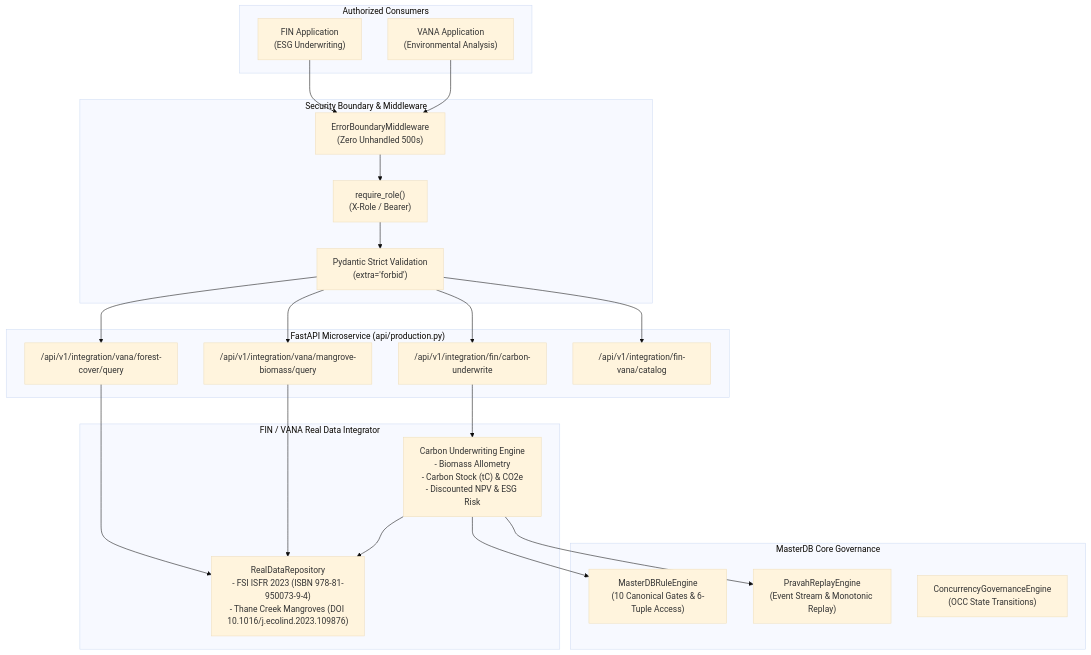
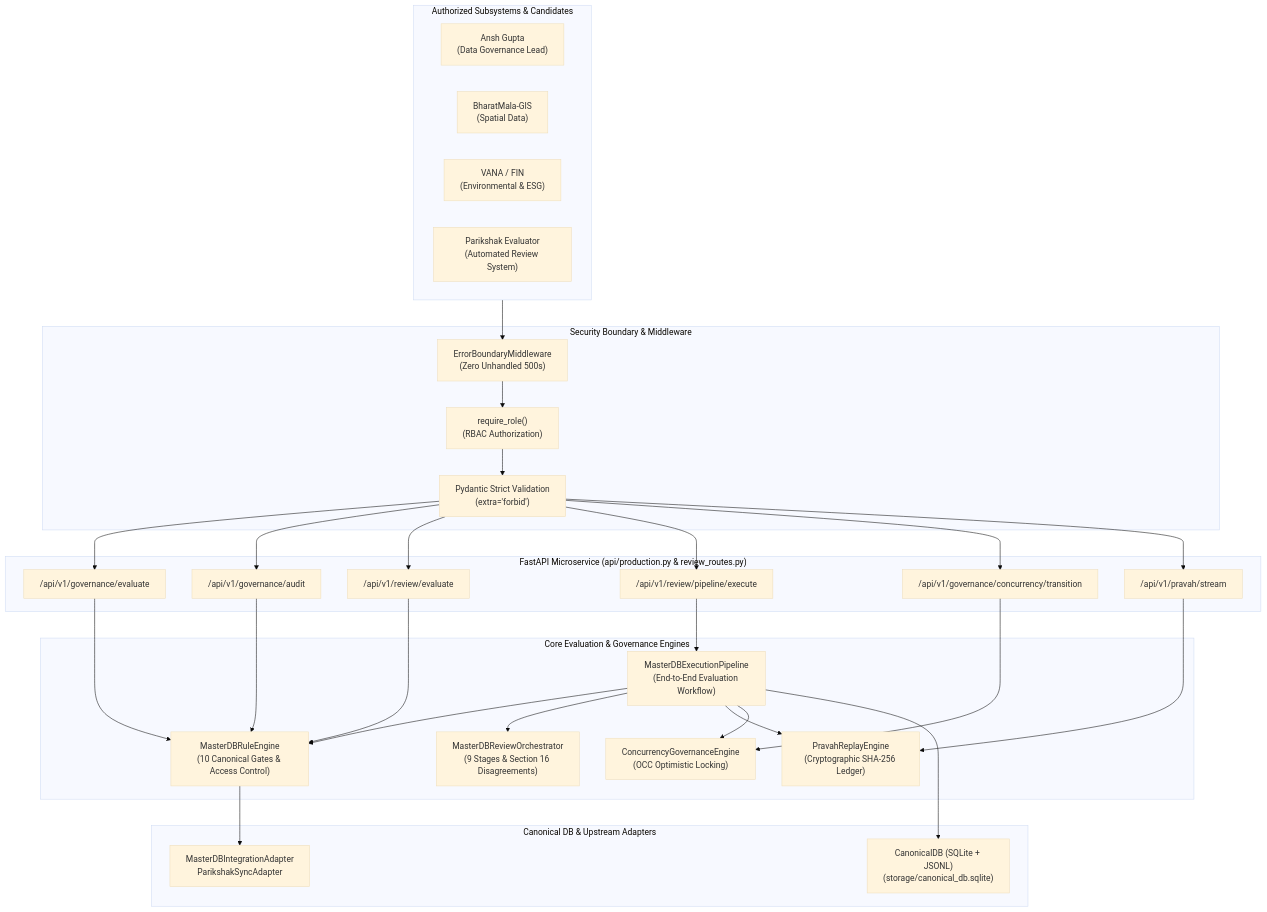
One commit to blackholeinfiverse138/MasterDB changed the diagram in REVIEW_PACKET.md. Above: the diagram before and after it, drawn with Mermaid (base theme). The commit also changed other lines of this file and 14 other files, not shown here.

Commit message:
fix(parikshak-100): remediate incomplete & schema violation for T-GOV-F01 MasterDB Convergence

````diff
--- a/REVIEW_PACKET.md
+++ b/REVIEW_PACKET.md
@@ -84,49 +91,64 @@
 ```mermaid
 flowchart TD
-    subgraph Consumers["Authorized Consumers"]
-        FINApp["FIN Application\n(ESG Underwriting)"]
-        VANAApp["VANA Application\n(Environmental Analysis)"]
+    subgraph Clients["Authorized Subsystems & Candidates"]
+        Ansh["Ansh Gupta\n(Data Governance Lead)"]
+        BharatMala["BharatMala-GIS\n(Spatial Data)"]
+        VanaFin["VANA / FIN\n(Environmental & ESG)"]
+        Parikshak["Parikshak Evaluator\n(Automated Review System)"]
     end
 
     subgraph SecurityGateway["Security Boundary & Middleware"]
         EBM["ErrorBoundaryMiddleware\n(Zero Unhandled 500s)"]
-        RBAC["require_role()\n(X-Role / Bearer)"]
+        RBAC["require_role()\n(RBAC Authorization)"]
         StrictValidator["Pydantic Strict Validation\n(extra='forbid')"]
     end
 
-    subgraph ProductionAPI["FastAPI Microservice (api/production.py)"]
-        VanaFC["/api/v1/integration/vana/forest-cover/query"]
-        VanaMB["/api/v1/integration/vana/mangrove-biomass/query"]
-        FinUW["/api/v1/integration/fin/carbon-underwrite"]
-        Catalog["/api/v1/integration/fin-vana/catalog"]
+    subgraph ProductionAPI["FastAPI Microservice (api/production.py & review_routes.py)"]
+        GovEval["/api/v1/governance/evaluate"]
+        GovAudit["/api/v1/governance/audit"]
+        RevEval["/api/v1/review/evaluate"]
+        PipeExec["/api/v1/review/pipeline/execute"]
+        OCCRoute["/api/v1/governance/concurrency/transition"]
+        PravahRoute["/api/v1/pravah/stream"]
     end
 
-    subgraph IntegratorEngine["FIN / VANA Real Data Integrator"]
-        Repo["RealDataRepository\n- FSI ISFR 2023 (ISBN 978-81-950073-9-4)\n- Thane Creek Mangroves (DOI 10.1016/j.ecolind.2023.109876)"]
-        UWEngine["Carbon Underwriting Engine\n- Biomass Allometry\n- Carbon Stock (tC) & CO2e\n- Discounted NPV & ESG Risk"]
+    subgraph EngineLayer["Core Evaluation & Governance Engines"]
+        RuleEngine["MasterDBRuleEngine\n(10 Canonical Gates & Access Control)"]
+        ReviewOrch["MasterDBReviewOrchestrator\n(9 Stages & Section 16 Disagreements)"]
+        ExecPipe["MasterDBExecutionPipeline\n(End-to-End Evaluation Workflow)"]
+        OCCEngine["ConcurrencyGovernanceEngine\n(OCC Optimistic Locking)"]
+        PravahEngine["PravahReplayEngine\n(Cryptographic SHA-256 Ledger)"]
     end
 
-    subgraph GovernanceCore["MasterDB Core Governance"]
-        RuleEngine["MasterDBRuleEngine\n(10 Canonical Gates & 6-Tuple Access)"]
-        Pravah["PravahReplayEngine\n(Event Stream & Monotonic Replay)"]
-        OCC["ConcurrencyGovernanceEngine\n(OCC State Transitions)"]
+    subgraph PersistenceLayer["Canonical DB & Upstream Adapters"]
+        CanonicalDB["CanonicalDB (SQLite + JSONL)\n(storage/canonical_db.sqlite)"]
+        Adapters["MasterDBIntegrationAdapter\nParikshakSyncAdapter"]
     end
 
-    FINApp --> EBM
-    VANAApp --> EBM
+    Clients --> EBM
     EBM --> RBAC
     RBAC --> StrictValidator
 
-    StrictValidator --> VanaFC
-    StrictValidator --> VanaMB
-    StrictValidator --> FinUW
-    StrictValidator --> Catalog
+    StrictValidator --> GovEval
+    StrictValidator --> GovAudit
+    StrictValidator --> RevEval
+    StrictValidator --> PipeExec
+    StrictValidator --> OCCRoute
+    StrictValidator --> PravahRoute
 
-    VanaFC --> Repo
-    VanaMB --> Repo
-    FinUW --> UWEngine
-    UWEngine --> Repo
+    GovEval --> RuleEngine
+    GovAudit --> RuleEngine
+    RevEval --> RuleEngine
+    PipeExec --> ExecPipe
 
-    UWEngine --> RuleEngine
-    UWEngine --> Pravah
+    ExecPipe --> RuleEngine
+    ExecPipe --> ReviewOrch
+    ExecPipe --> PravahEngine
+    ExecPipe --> OCCEngine
+
+    OCCRoute --> OCCEngine
+    PravahRoute --> PravahEngine
+
+    ExecPipe --> CanonicalDB
+    RuleEngine --> Adapters
 ```
````
